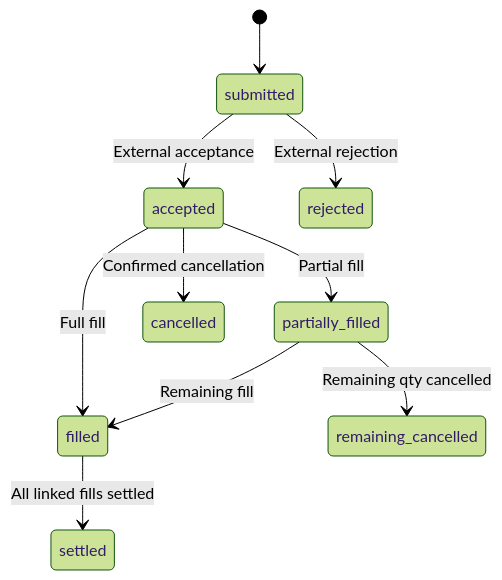
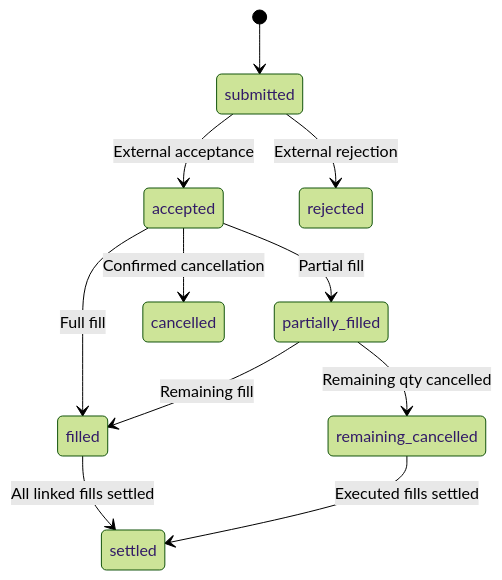
The diagram in en/articles/financial-agent-system-panorama.md (hpoenixf/eff-agent-article), drawn with Mermaid (forest theme) before and after one commit. The commit also changed other lines of this file, not shown here.

````diff
--- a/en/articles/financial-agent-system-panorama.md
+++ b/en/articles/financial-agent-system-panorama.md
@@ -225,12 +225,13 @@
 ```mermaid
 stateDiagram-v2
     [*] --> submitted
     submitted --> accepted: External acceptance
     submitted --> rejected: External rejection
     accepted --> partially_filled: Partial fill
     accepted --> filled: Full fill
     partially_filled --> filled: Remaining fill
     accepted --> cancelled: Confirmed cancellation
     partially_filled --> remaining_cancelled: Remaining qty cancelled
     filled --> settled: All linked fills settled
+    remaining_cancelled --> settled: Executed fills settled
 ```
````
